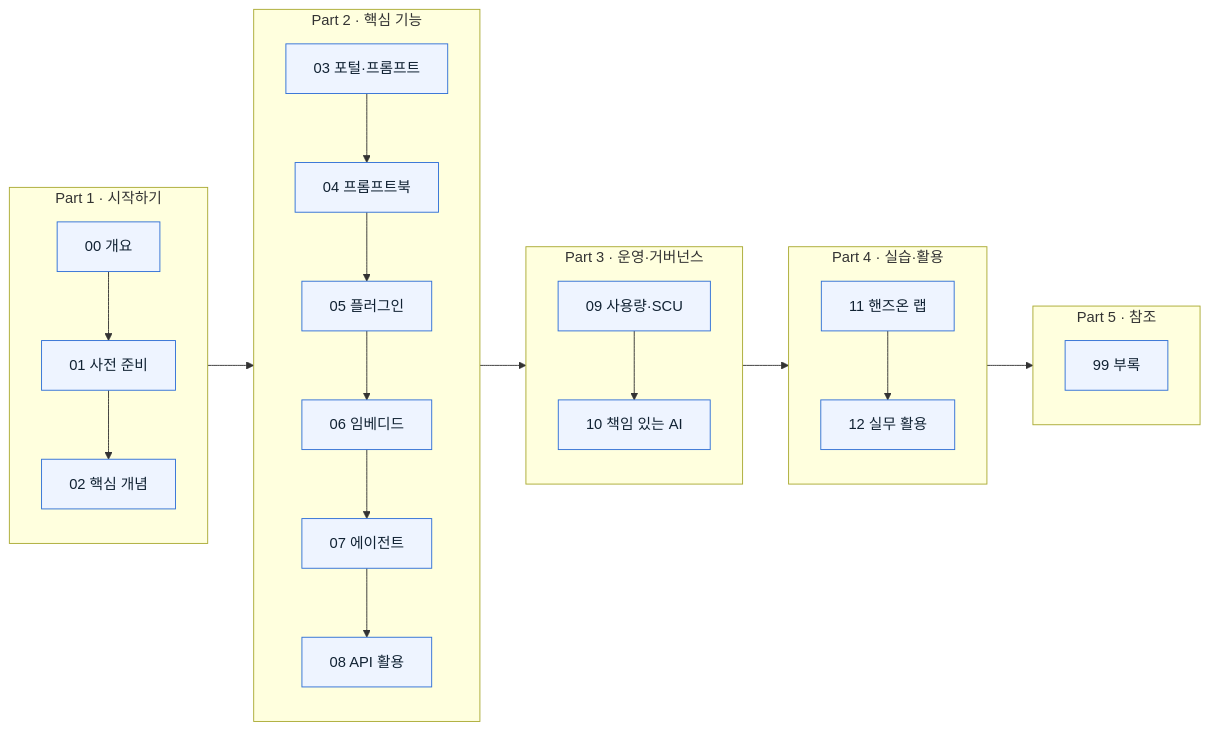
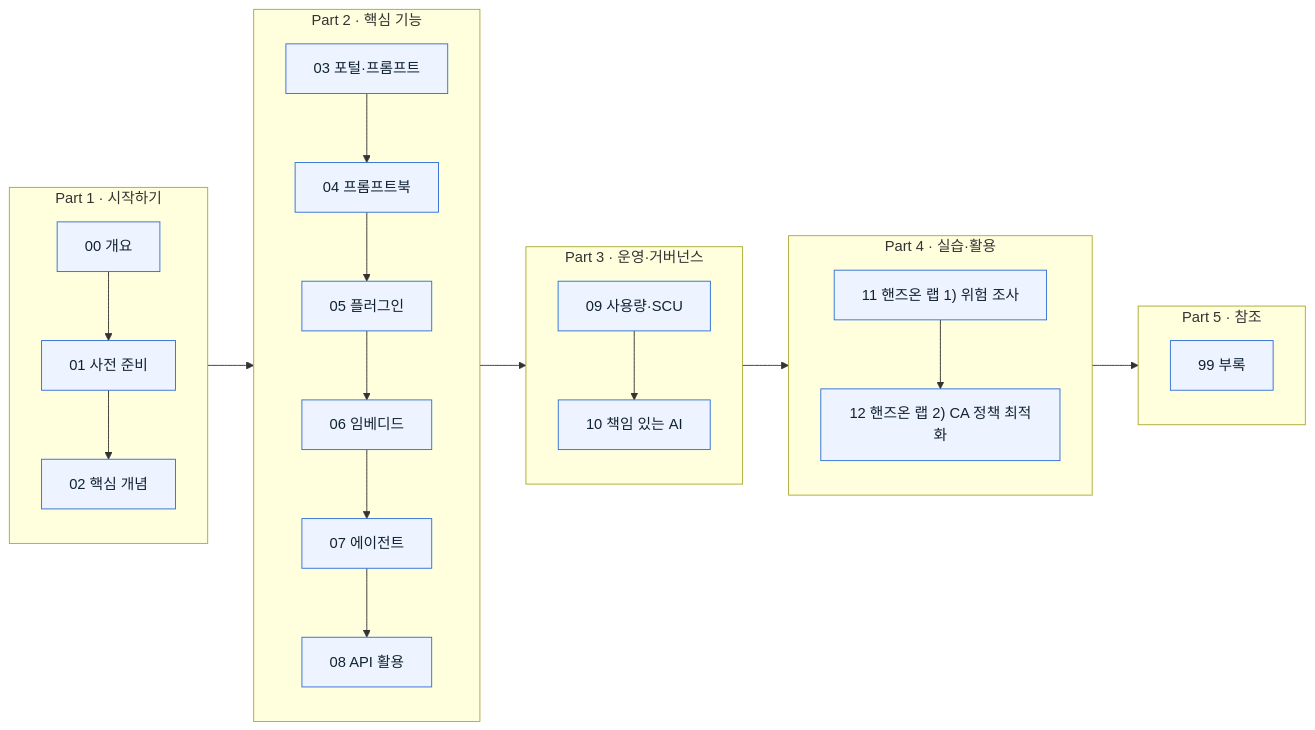
Before and after one commit to akimcse/security-copilot-guide-kr: the diagram in README.md, drawn with Mermaid. The commit also changed other lines of this file and 21 other files, not shown here.

Commit message:
Ch11/12 reorg: add CA policy optimization agent hands-on lab (Ch12) with 15 screenshots

````diff
--- a/README.md
+++ b/README.md
@@ -32,37 +31,37 @@
 ```mermaid
 flowchart LR
     subgraph P1["Part 1 · 시작하기"]
         A0["00 개요"] --> A1["01 사전 준비"] --> A2["02 핵심 개념"]
     end
     subgraph P2["Part 2 · 핵심 기능"]
         B3["03 포털·프롬프트"] --> B4["04 프롬프트북"] --> B5["05 플러그인"] --> B6["06 임베디드"] --> B7["07 에이전트"] --> B8["08 API 활용"]
     end
     subgraph P3["Part 3 · 운영·거버넌스"]
         C8["09 사용량·SCU"] --> C9["10 책임 있는 AI"]
     end
     subgraph P4["Part 4 · 실습·활용"]
-        D10["11 핸즈온 랩"] --> D11["12 실무 활용"]
+        D11["11 핸즈온 랩 1) 위험 조사"] --> D12["12 핸즈온 랩 2) CA 정책 최적화"]
     end
     subgraph P5["Part 5 · 참조"]
         D99["99 부록"]
     end
     P1 --> P2 --> P3 --> P4 --> P5
 
     click A0 "./00-overview.md" "00 개요"
     click A1 "./01-prerequisites.md" "01 사전 준비"
     click A2 "./02-concepts.md" "02 핵심 개념"
     click B3 "./03-standalone-portal.md" "03 Standalone 포털"
     click B4 "./04-promptbooks.md" "04 프롬프트북"
     click B5 "./05-plugins.md" "05 플러그인"
     click B6 "./06-embedded-experiences.md" "06 임베디드 경험"
     click B7 "./07-agents.md" "07 에이전트"
     click B8 "./08-api-usage.md" "08 API 활용"
     click C8 "./09-usage-monitoring.md" "09 사용량 모니터링"
     click C9 "./10-responsible-ai.md" "10 책임 있는 AI"
-    click D10 "./11-handson-lab.md" "11 핸즈온 랩"
-    click D11 "./12-use-cases.md" "12 실무 활용"
+    click D11 "./11-handson-lab.md" "11 핸즈온 랩 1) 위험 조사"
+    click D12 "./12-ca-agent-lab.md" "12 핸즈온 랩 2) CA 정책 최적화"
     click D99 "./99-troubleshooting.md" "99 부록"
 
     classDef node fill:#eef4ff,stroke:#2f6fd6,color:#123,stroke-width:1px;
-    class A0,A1,A2,B3,B4,B5,B6,B7,B8,C8,C9,D10,D11,D99 node;
+    class A0,A1,A2,B3,B4,B5,B6,B7,B8,C8,C9,D11,D12,D99 node;
 ```
````
